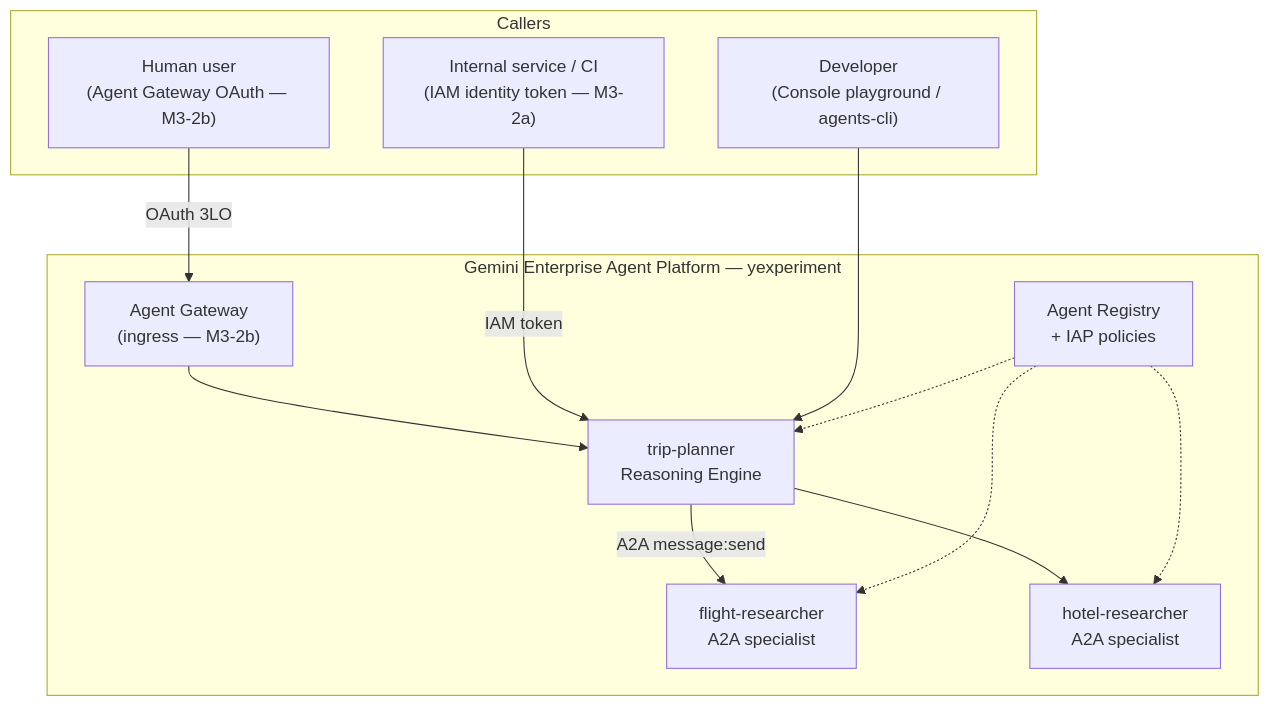
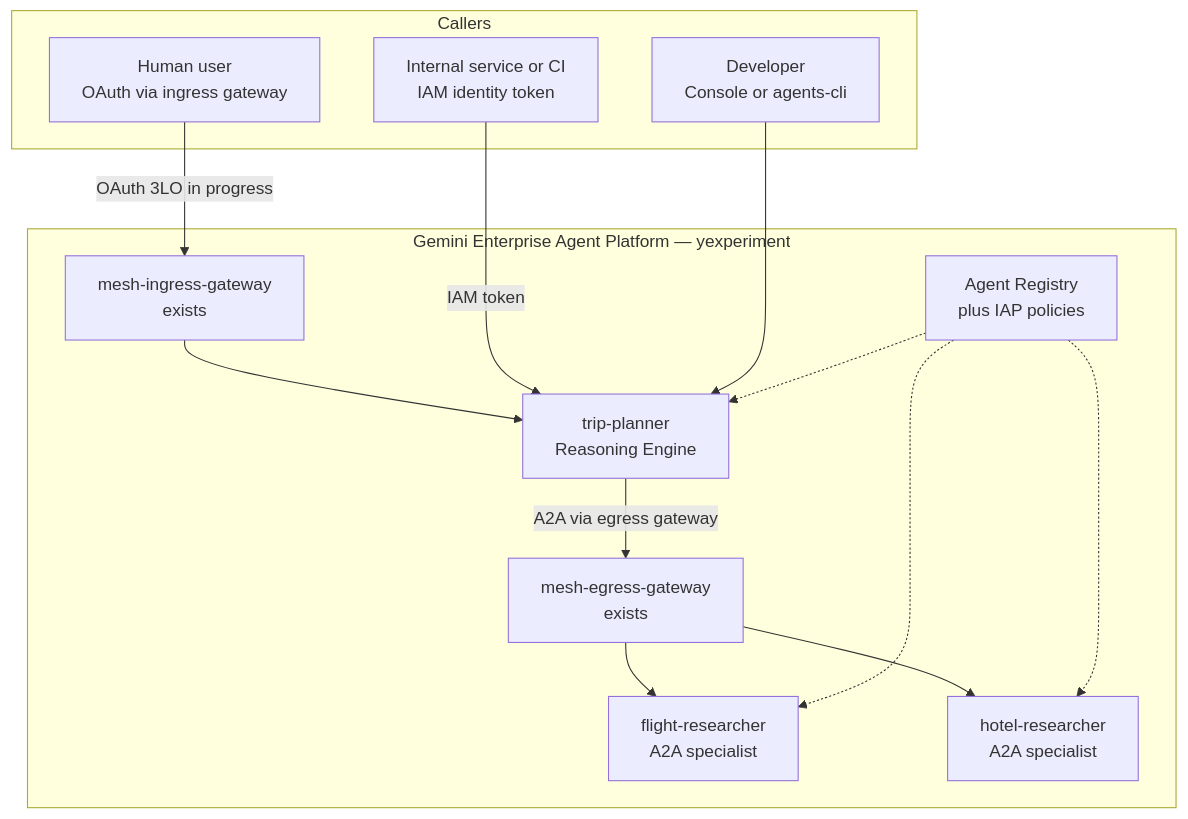
One commit to yu-iskw/agent-cli-demo changed the third of 6 diagrams in docs/guides/00-overview.md. Above: the diagram before and after it, drawn with Mermaid. The commit also changed other lines of this file and 22 other files, not shown here.

First line of the commit message:
feat(mesh): SequentialAgent A2A pipeline, gateway demo, and test fixes

````diff
--- a/docs/guides/00-overview.md
+++ b/docs/guides/00-overview.md
@@ -87,26 +112,28 @@
 ```mermaid
 flowchart TB
   subgraph Callers["Callers"]
-    Human["Human user<br/>(Agent Gateway OAuth — M3-2b)"]
-    Service["Internal service / CI<br/>(IAM identity token — M3-2a)"]
-    Dev["Developer<br/>(Console playground / agents-cli)"]
+    Human["Human user<br/>OAuth via ingress gateway"]
+    Service["Internal service or CI<br/>IAM identity token"]
+    Dev["Developer<br/>Console or agents-cli"]
   end
 
   subgraph Platform["Gemini Enterprise Agent Platform — yexperiment"]
-    GW["Agent Gateway<br/>(ingress — M3-2b)"]
+    IGW["mesh-ingress-gateway<br/>exists"]
+    EGW["mesh-egress-gateway<br/>exists"]
     TP["trip-planner<br/>Reasoning Engine"]
     FR["flight-researcher<br/>A2A specialist"]
     HR["hotel-researcher<br/>A2A specialist"]
-    REG["Agent Registry<br/>+ IAP policies"]
+    REG["Agent Registry<br/>plus IAP policies"]
   end
 
-  Human -->|"OAuth 3LO"| GW
-  GW --> TP
+  Human -->|"OAuth 3LO in progress"| IGW
+  IGW --> TP
   Service -->|"IAM token"| TP
   Dev --> TP
-  TP -->|"A2A message:send"| FR
-  TP --> HR
+  TP -->|"A2A via egress gateway"| EGW
+  EGW --> FR
+  EGW --> HR
   REG -.-> TP
   REG -.-> FR
   REG -.-> HR
 ```
````
